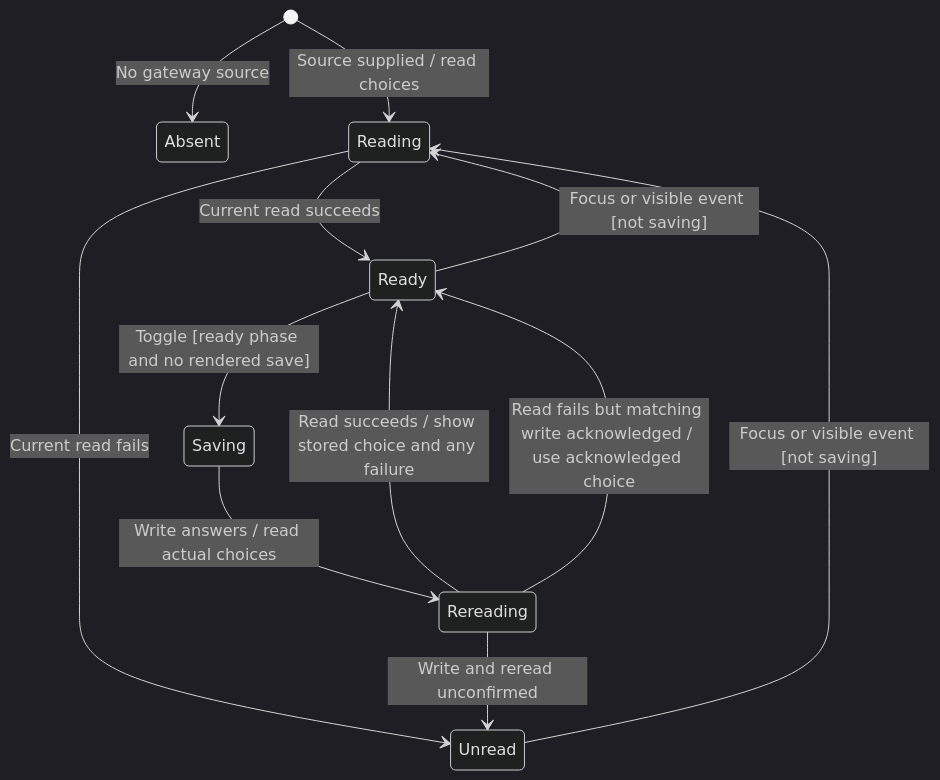
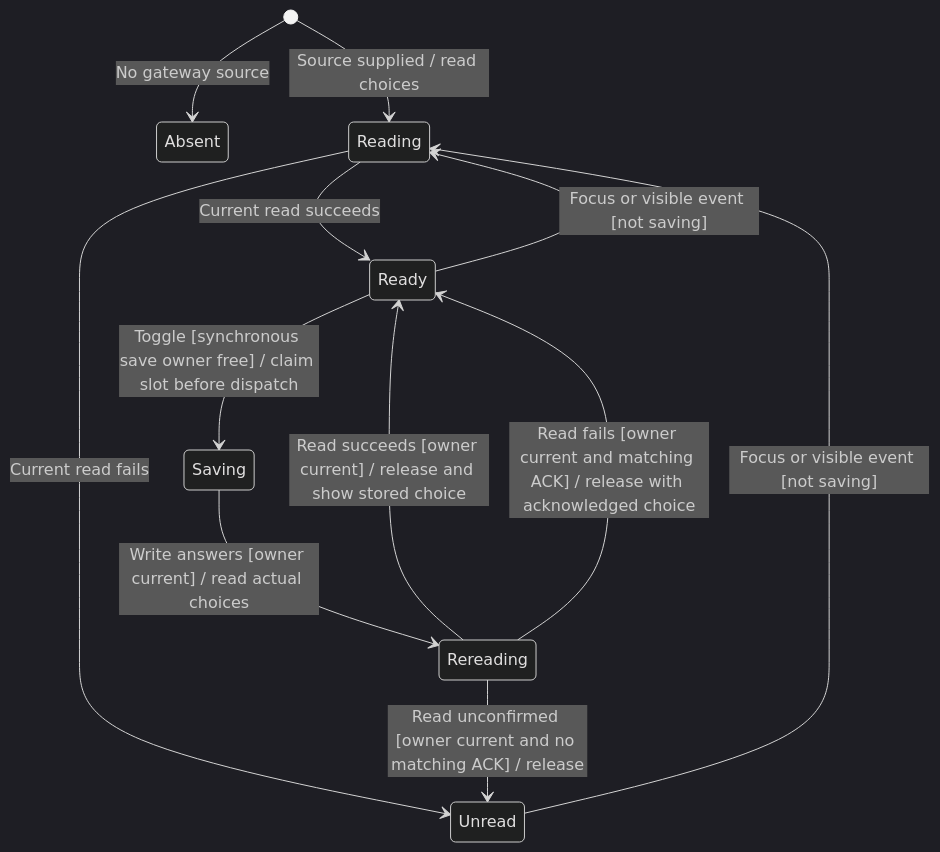
Before and after one commit to nessalabs/nessa-agent: the diagram in docs/state/services/desktop/workspace/configure-native-hooks.md, drawn with Mermaid (dark theme). The commit also changed other lines of this file and 12 other files, not shown here.

Commit message:
docs: reconcile integrated settings flows and validate current-main navigation (#1087)

````diff
--- a/docs/state/services/desktop/workspace/configure-native-hooks.md
+++ b/docs/state/services/desktop/workspace/configure-native-hooks.md
@@ -33,14 +34,14 @@
 ```mermaid
 stateDiagram-v2
     [*] --> Absent: No gateway source
     [*] --> Reading: Source supplied / read choices
     Reading --> Ready: Current read succeeds
     Reading --> Unread: Current read fails
     Ready --> Reading: Focus or visible event [not saving]
-    Ready --> Saving: Toggle [ready phase and no rendered save]
-    Saving --> Rereading: Write answers / read actual choices
-    Rereading --> Ready: Read succeeds / show stored choice and any failure
-    Rereading --> Ready: Read fails but matching write acknowledged / use acknowledged choice
-    Rereading --> Unread: Write and reread unconfirmed
+    Ready --> Saving: Toggle [synchronous save owner free] / claim slot before dispatch
+    Saving --> Rereading: Write answers [owner current] / read actual choices
+    Rereading --> Ready: Read succeeds [owner current] / release and show stored choice
+    Rereading --> Ready: Read fails [owner current and matching ACK] / release with acknowledged choice
+    Rereading --> Unread: Read unconfirmed [owner current and no matching ACK] / release
     Unread --> Reading: Focus or visible event [not saving]
 ```
````
